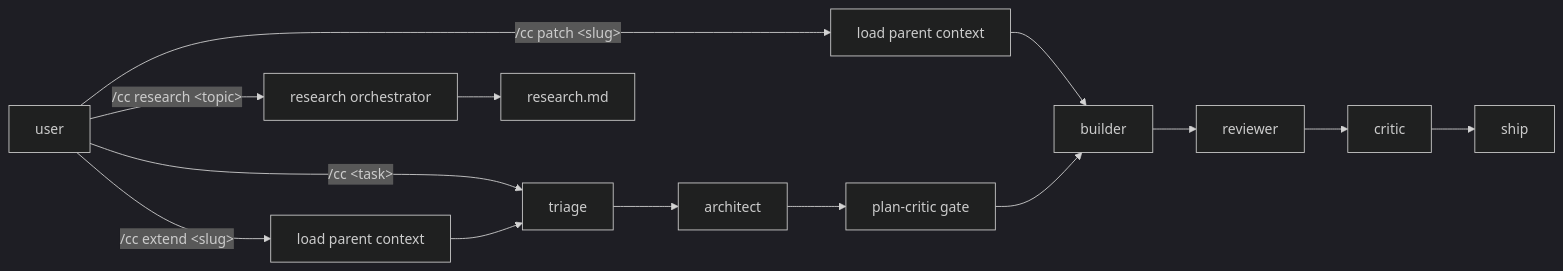
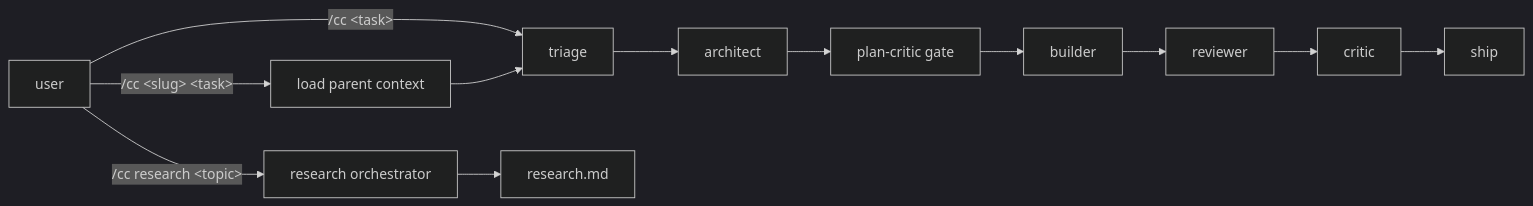
One commit to zuevrs/cclaw changed the diagram in README.md. Above: the diagram before and after it, drawn with Mermaid (dark theme). The commit also changed other lines of this file and 157 other files, not shown here.

````diff
--- a/README.md
+++ b/README.md
@@ -53,16 +52,14 @@
 ```mermaid
 flowchart LR
  U[user] -->|"/cc &lt;task&gt;"| T[triage]
  U -->|"/cc research &lt;topic&gt;"| RES[research orchestrator]
- U -->|"/cc patch &lt;slug&gt;"| PT[load parent context]
- U -->|"/cc extend &lt;slug&gt;"| EX[load parent context]
- EX --> T
- PT --> B
+ U -->|"/cc &lt;slug&gt; &lt;task&gt;"| PT[load parent context]
+ PT --> T
  T --> AR[architect]
  AR --> PC[plan-critic gate]
  PC --> B[builder]
  B --> RV[reviewer]
  RV --> C[critic]
  C --> S[ship]
  RES --> RM[research.md]
 ```
````
